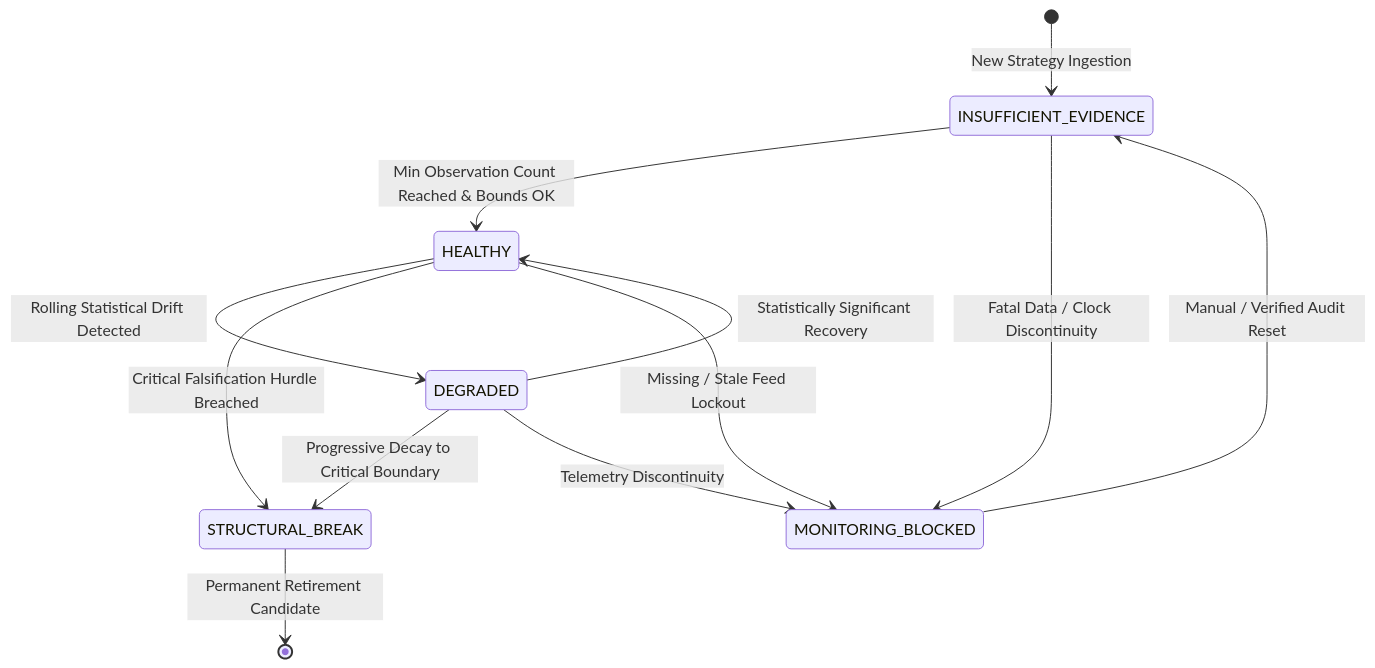
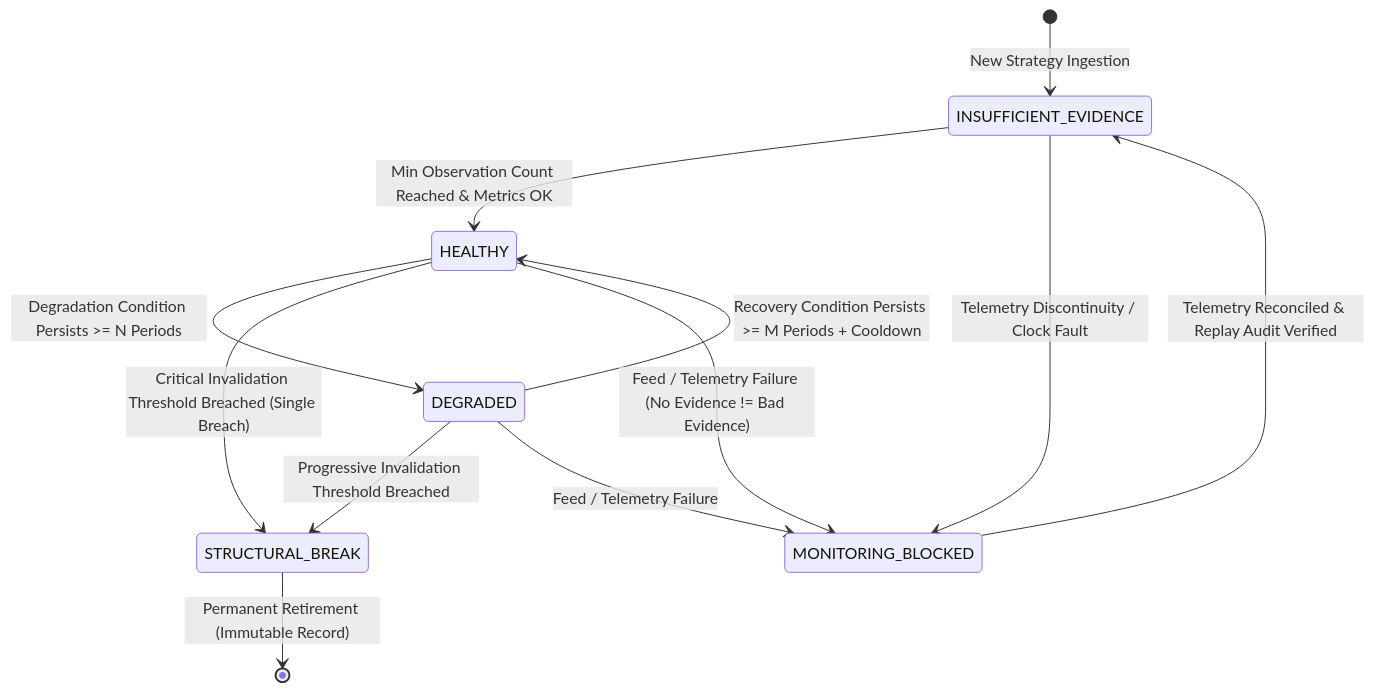
One commit to Ratthabhumi/Acash changed the diagram in docs/phase11/contract_specification.md. Above: the diagram before and after it, drawn with Mermaid. The commit also changed other lines of this file and 1 other file, not shown here.

````diff
--- a/docs/phase11/contract_specification.md
+++ b/docs/phase11/contract_specification.md
@@ -65,17 +84,17 @@
 ```mermaid
 stateDiagram-v2
     [*] --> INSUFFICIENT_EVIDENCE: New Strategy Ingestion
-    INSUFFICIENT_EVIDENCE --> HEALTHY: Min Observation Count Reached & Bounds OK
-    INSUFFICIENT_EVIDENCE --> MONITORING_BLOCKED: Fatal Data / Clock Discontinuity
+    INSUFFICIENT_EVIDENCE --> HEALTHY: Min Observation Count Reached & Metrics OK
+    INSUFFICIENT_EVIDENCE --> MONITORING_BLOCKED: Telemetry Discontinuity / Clock Fault
     
-    HEALTHY --> DEGRADED: Rolling Statistical Drift Detected
-    HEALTHY --> STRUCTURAL_BREAK: Critical Falsification Hurdle Breached
-    HEALTHY --> MONITORING_BLOCKED: Missing / Stale Feed Lockout
+    HEALTHY --> DEGRADED: Degradation Condition Persists >= N Periods
+    HEALTHY --> STRUCTURAL_BREAK: Critical Invalidation Threshold Breached (Single Breach)
+    HEALTHY --> MONITORING_BLOCKED: Feed / Telemetry Failure (No Evidence != Bad Evidence)
     
-    DEGRADED --> HEALTHY: Statistically Significant Recovery
-    DEGRADED --> STRUCTURAL_BREAK: Progressive Decay to Critical Boundary
-    DEGRADED --> MONITORING_BLOCKED: Telemetry Discontinuity
+    DEGRADED --> HEALTHY: Recovery Condition Persists >= M Periods + Cooldown
+    DEGRADED --> STRUCTURAL_BREAK: Progressive Invalidation Threshold Breached
+    DEGRADED --> MONITORING_BLOCKED: Feed / Telemetry Failure
     
-    STRUCTURAL_BREAK --> [*]: Permanent Retirement Candidate
-    MONITORING_BLOCKED --> INSUFFICIENT_EVIDENCE: Manual / Verified Audit Reset
+    MONITORING_BLOCKED --> INSUFFICIENT_EVIDENCE: Telemetry Reconciled & Replay Audit Verified
+    STRUCTURAL_BREAK --> [*]: Permanent Retirement (Immutable Record)
 ```
````
